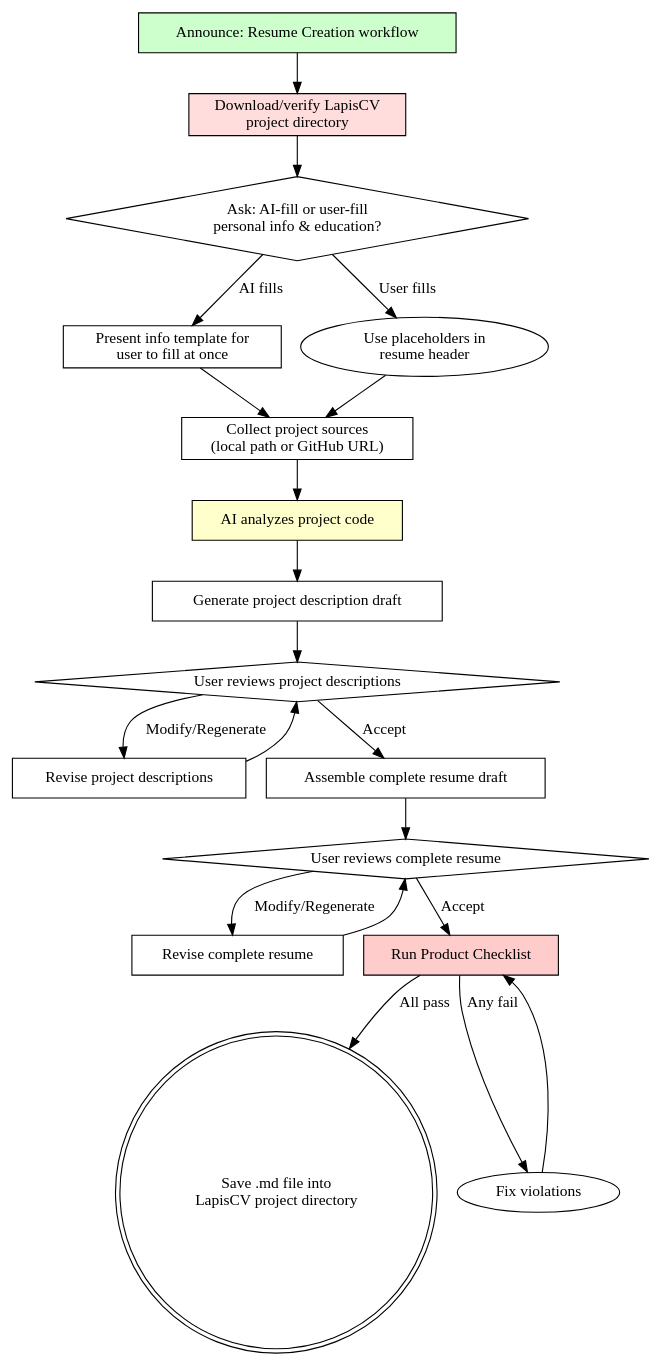
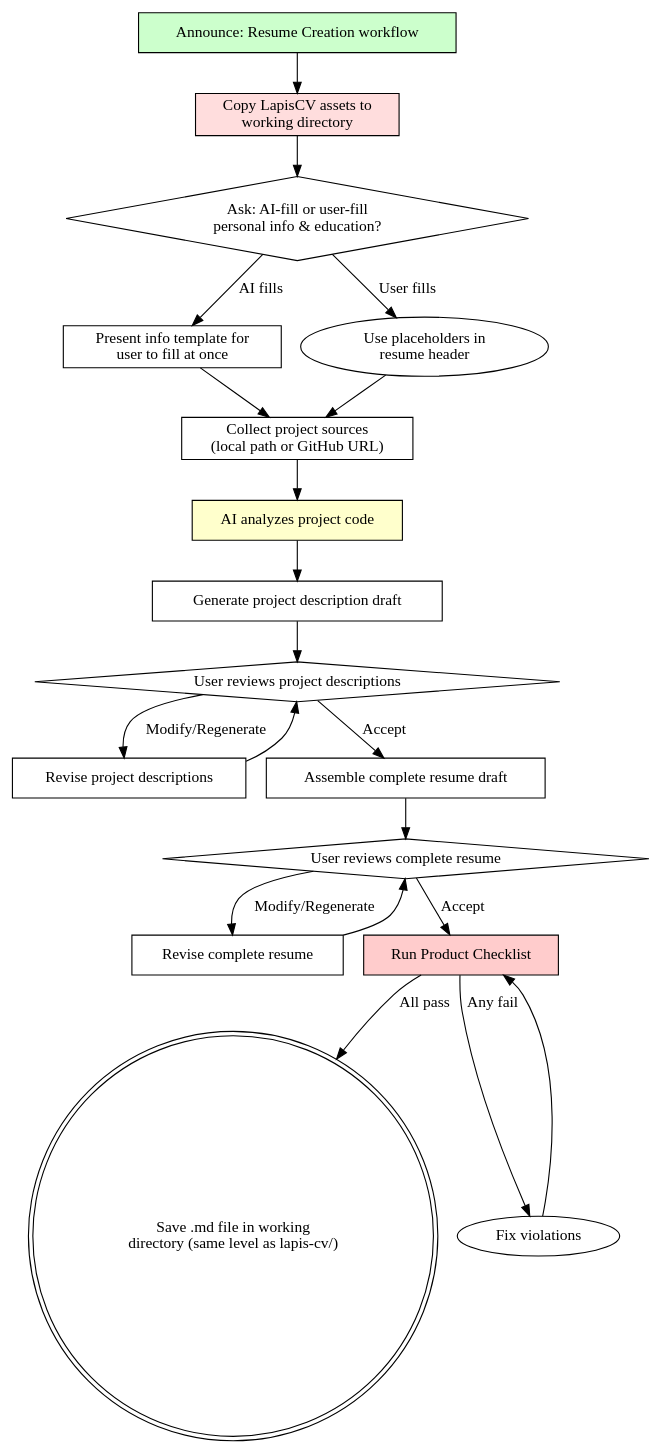
Before and after one commit to Wood-Q/Mokio-Interview-Skill: the diagram in skills/mokio-interview-skill/resume-creation.md, drawn with Graphviz. The commit also changed other lines of this file and 16 other files, not shown here.

````diff
--- a/skills/mokio-interview-skill/resume-creation.md
+++ b/skills/mokio-interview-skill/resume-creation.md
@@ -27,39 +27,39 @@
 ```dot
 digraph resume_creation {
     rankdir=TB;
     "Announce: Resume Creation workflow" [shape=box, style=filled, fillcolor="#ccffcc"];
-    "Download/verify LapisCV\nproject directory" [shape=box, style=filled, fillcolor="#ffdddd"];
+    "Copy LapisCV assets to\nworking directory" [shape=box, style=filled, fillcolor="#ffdddd"];
     "Ask: AI-fill or user-fill\npersonal info & education?" [shape=diamond];
     "Present info template for\nuser to fill at once" [shape=box];
     "Collect project sources\n(local path or GitHub URL)" [shape=box];
     "AI analyzes project code" [shape=box, style=filled, fillcolor="#ffffcc"];
     "Generate project description draft" [shape=box];
     "User reviews project descriptions" [shape=diamond];
     "Revise project descriptions" [shape=box];
     "Assemble complete resume draft" [shape=box];
     "User reviews complete resume" [shape=diamond];
     "Revise complete resume" [shape=box];
     "Run Product Checklist" [shape=box, style=filled, fillcolor="#ffcccc"];
-    "Save .md file into\nLapisCV project directory" [shape=doublecircle];
+    "Save .md file in working\ndirectory (same level as lapis-cv/)" [shape=doublecircle];
 
-    "Announce: Resume Creation workflow" -> "Download/verify LapisCV\nproject directory";
-    "Download/verify LapisCV\nproject directory" -> "Ask: AI-fill or user-fill\npersonal info & education?";
+    "Announce: Resume Creation workflow" -> "Copy LapisCV assets to\nworking directory";
+    "Copy LapisCV assets to\nworking directory" -> "Ask: AI-fill or user-fill\npersonal info & education?";
     "Ask: AI-fill or user-fill\npersonal info & education?" -> "Present info template for\nuser to fill at once" [label="AI fills"];
     "Ask: AI-fill or user-fill\npersonal info & education?" -> "Use placeholders in\nresume header" [label="User fills"];
     "Present info template for\nuser to fill at once" -> "Collect project sources\n(local path or GitHub URL)";
     "Use placeholders in\nresume header" -> "Collect project sources\n(local path or GitHub URL)";
     "Collect project sources\n(local path or GitHub URL)" -> "AI analyzes project code";
     "AI analyzes project code" -> "Generate project description draft";
     "Generate project description draft" -> "User reviews project descriptions";
     "User reviews project descriptions" -> "Revise project descriptions" [label="Modify/Regenerate"];
     "User reviews project descriptions" -> "Assemble complete resume draft" [label="Accept"];
     "Revise project descriptions" -> "User reviews project descriptions";
     "Assemble complete resume draft" -> "User reviews complete resume";
     "User reviews complete resume" -> "Revise complete resume" [label="Modify/Regenerate"];
     "User reviews complete resume" -> "Run Product Checklist" [label="Accept"];
     "Revise complete resume" -> "User reviews complete resume";
-    "Run Product Checklist" -> "Save .md file into\nLapisCV project directory" [label="All pass"];
+    "Run Product Checklist" -> "Save .md file in working\ndirectory (same level as lapis-cv/)" [label="All pass"];
     "Run Product Checklist" -> "Fix violations" [label="Any fail"];
     "Fix violations" -> "Run Product Checklist";
 }
 ```
````
